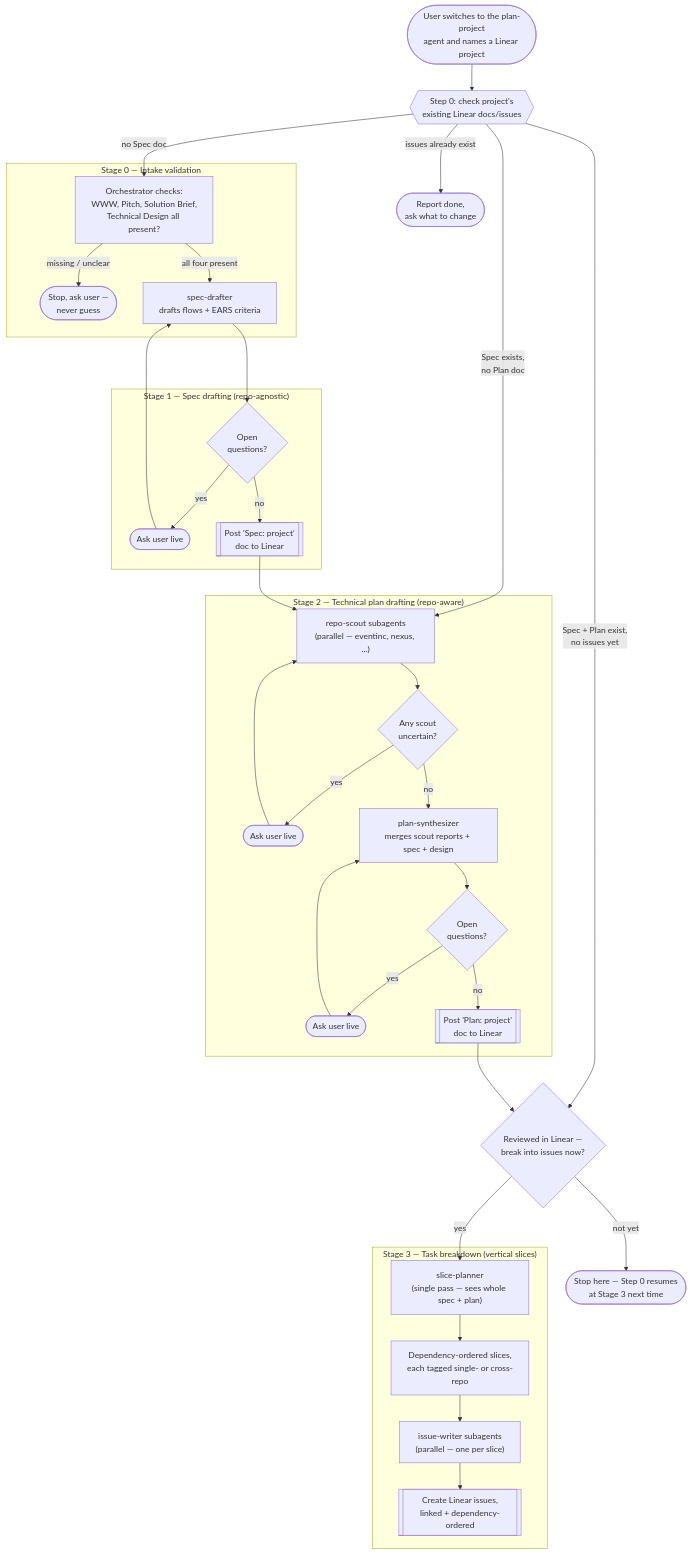
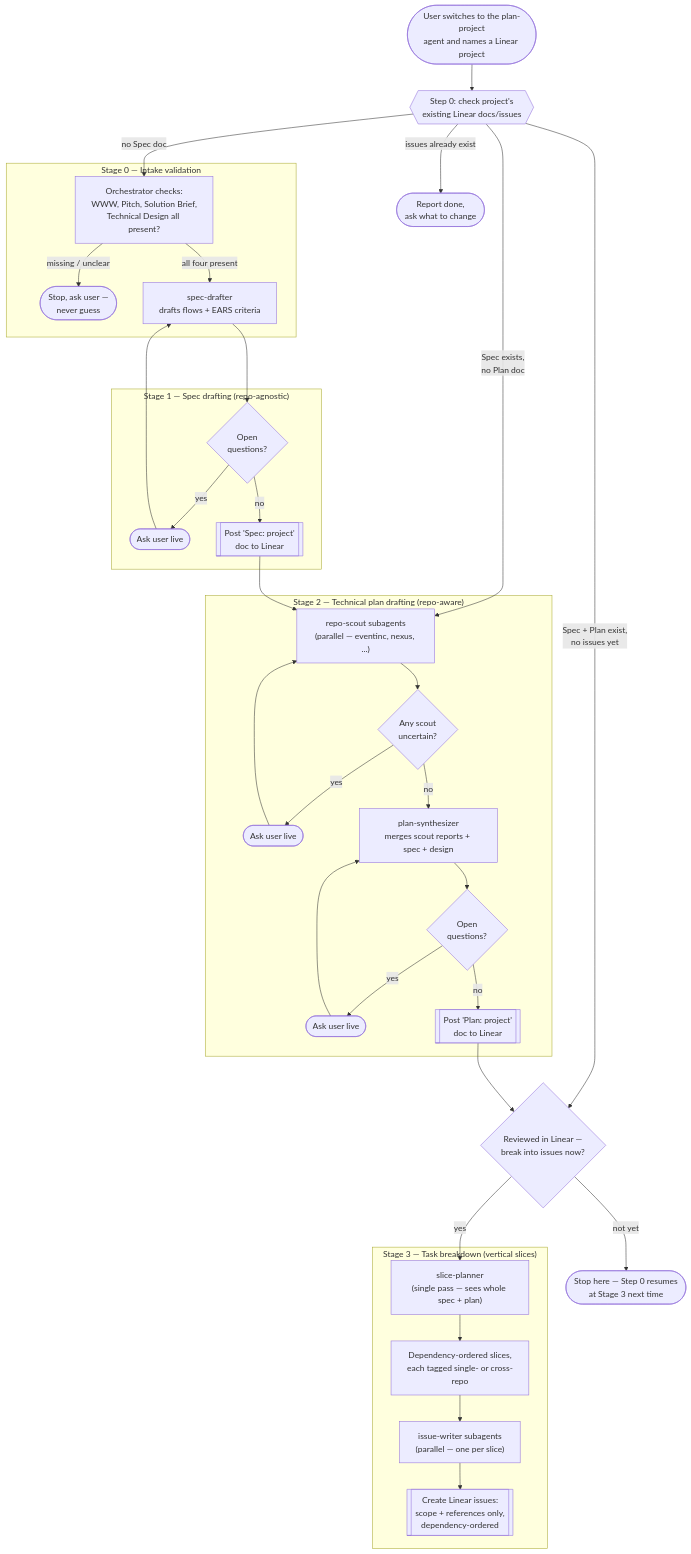
One commit to eventincgroup/pooya-workspace changed the second of 2 diagrams in .opencode/README.md. Above: the diagram before and after it, drawn with Mermaid. The commit also changed other lines of this file and 3 other files, not shown here.

````diff
--- a/.opencode/README.md
+++ b/.opencode/README.md
@@ -53,48 +53,48 @@
 ```mermaid
 flowchart TD
     Start(["User switches to the plan-project<br/>agent and names a Linear project"]) --> Step0{{"Step 0: check project's<br/>existing Linear docs/issues"}}
 
     Step0 -->|"no Spec doc"| DocsCheck
     Step0 -->|"Spec exists,<br/>no Plan doc"| Scouts
     Step0 -->|"Spec + Plan exist,<br/>no issues yet"| Gate1{"Reviewed in Linear —<br/>break into issues now?"}
     Step0 -->|"issues already exist"| Done(["Report done,<br/>ask what to change"])
 
     subgraph Stage0 ["Stage 0 — Intake validation"]
         DocsCheck["Orchestrator checks:<br/>WWW, Pitch, Solution Brief,<br/>Technical Design all present?"]
         DocsCheck -->|"missing / unclear"| AskDocs(["Stop, ask user —<br/>never guess"])
         DocsCheck -->|"all four present"| SD
     end
 
     subgraph Stage1 ["Stage 1 — Spec drafting (repo-agnostic)"]
         SD["spec-drafter<br/>drafts flows + EARS criteria"]
         SD --> Q1{"Open<br/>questions?"}
         Q1 -->|yes| AskLive1(["Ask user live"])
         AskLive1 --> SD
         Q1 -->|no| PostSpec[["Post 'Spec: project'<br/>doc to Linear"]]
     end
 
     PostSpec --> Scouts
 
     subgraph Stage2 ["Stage 2 — Technical plan drafting (repo-aware)"]
         Scouts["repo-scout subagents<br/>(parallel — eventinc, nexus, ...)"]
         Scouts --> Q2{"Any scout<br/>uncertain?"}
         Q2 -->|yes| AskLive2(["Ask user live"])
         AskLive2 --> Scouts
         Q2 -->|no| PS["plan-synthesizer<br/>merges scout reports + spec + design"]
         PS --> Q3{"Open<br/>questions?"}
         Q3 -->|yes| AskLive3(["Ask user live"])
         AskLive3 --> PS
         Q3 -->|no| PostPlan[["Post 'Plan: project'<br/>doc to Linear"]]
     end
 
     PostPlan --> Gate1
     Gate1 -->|"not yet"| StopHere(["Stop here — Step 0 resumes<br/>at Stage 3 next time"])
     Gate1 -->|yes| SP
 
     subgraph Stage3 ["Stage 3 — Task breakdown (vertical slices)"]
         SP["slice-planner<br/>(single pass — sees whole spec + plan)"]
         SP --> Slices["Dependency-ordered slices,<br/>each tagged single- or cross-repo"]
         Slices --> IW["issue-writer subagents<br/>(parallel — one per slice)"]
-        IW --> CreateIssues[["Create Linear issues,<br/>linked + dependency-ordered"]]
+        IW --> CreateIssues[["Create Linear issues:<br/>scope + references only,<br/>dependency-ordered"]]
     end
 ```
````
